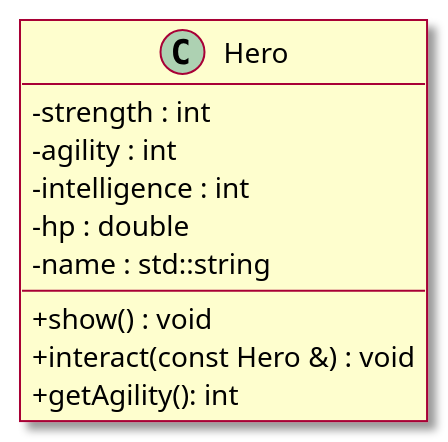
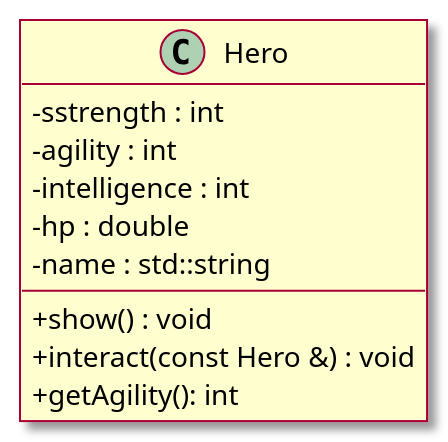
The diagram in content/docs/cours/PageTemplate.md (HE-Arc/1242.2-Langage_CPP), drawn with PlantUML before and after one commit. The commit also changed 6 other files, not shown here.

```diff
--- a/content/docs/cours/PageTemplate.md
+++ b/content/docs/cours/PageTemplate.md
@@ -181,17 +181,17 @@
 {{< plantuml id="eg1">}}
 @startuml
 skin rose
 skinparam classAttributeIconSize 0
 class Hero {
-   - strength : int
+   - sstrength : int
    - agility : int
    - intelligence : int
    - hp : double
    - name : std::string
 
    + show() : void
    + interact(const Hero &) : void
    + getAgility(): int
 }
 @enduml
 {{< /plantuml >}}
```
